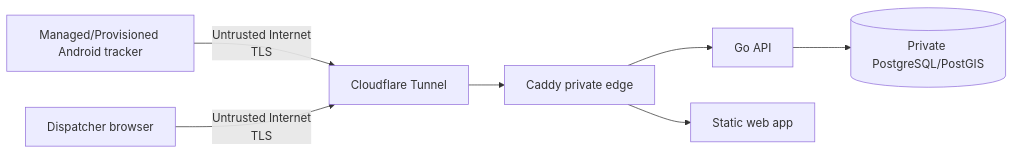
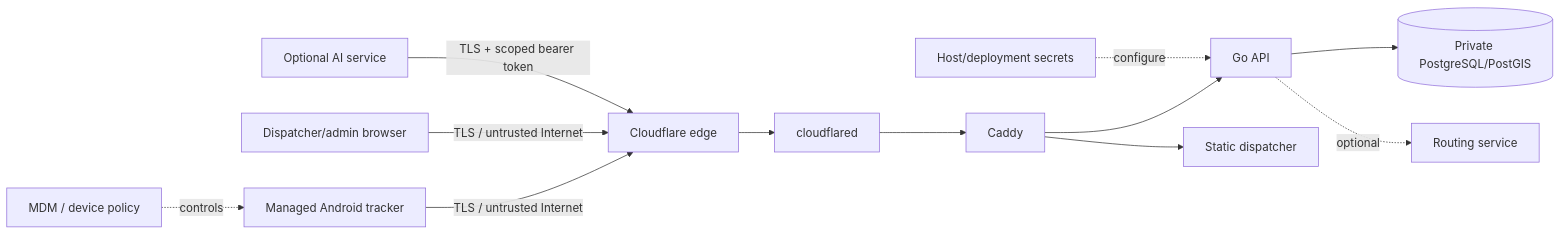
The first of 3 diagrams in docs/SECURITY.md (Jstarzz/ambulance-tracking), drawn with Mermaid before and after one commit. The commit also changed other lines of this file, not shown here.

````diff
--- a/docs/SECURITY.md
+++ b/docs/SECURITY.md
@@ -24,9 +27,15 @@
 ```mermaid
 flowchart LR
-    Phone[Managed/Provisioned Android tracker] -->|Untrusted Internet\nTLS| Edge[Cloudflare Tunnel]
-    Browser[Dispatcher browser] -->|Untrusted Internet\nTLS| Edge
-    Edge --> Caddy[Caddy private edge]
+    Phone[Managed Android tracker] -->|TLS / untrusted Internet| Edge[Cloudflare edge]
+    Browser[Dispatcher/admin browser] -->|TLS / untrusted Internet| Edge
+    AI[Optional AI service] -->|TLS + scoped bearer token| Edge
+    Edge --> Tunnel[cloudflared]
+    Tunnel --> Caddy[Caddy]
     Caddy --> API[Go API]
-    Caddy --> Web[Static web app]
+    Caddy --> Web[Static dispatcher]
     API --> DB[(Private PostgreSQL/PostGIS)]
+    API -. optional .-> Router[Routing service]
+
+    Secrets[Host/deployment secrets] -. configure .-> API
+    MDM[MDM / device policy] -. controls .-> Phone
 ```
````
